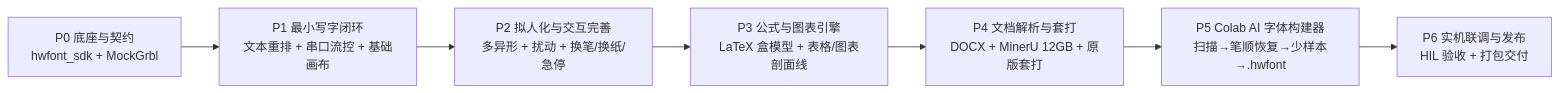
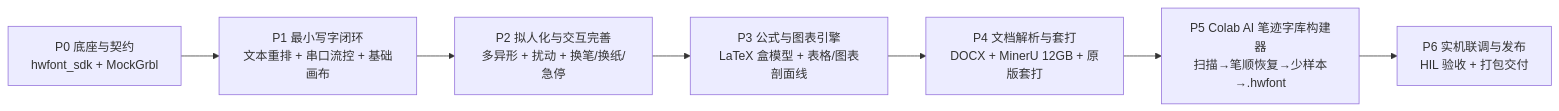
Diagram 11 of 11 in docs/framework_architecture.md (muyangplus/inkcraft), drawn with Mermaid before and after one commit. The commit also changed other lines of this file and 31 other files, not shown here.

````diff
--- a/docs/framework_architecture.md
+++ b/docs/framework_architecture.md
@@ -1667,9 +1670,9 @@
 ```mermaid
 flowchart LR
     P0["P0 底座与契约<br/>hwfont_sdk + MockGrbl"] --> P1["P1 最小写字闭环<br/>文本重排 + 串口流控 + 基础画布"]
     P1 --> P2["P2 拟人化与交互完善<br/>多异形 + 扰动 + 换笔/换纸/急停"]
     P2 --> P3["P3 公式与图表引擎<br/>LaTeX 盒模型 + 表格/图表剖面线"]
     P3 --> P4["P4 文档解析与套打<br/>DOCX + MinerU 12GB + 原版套打"]
-    P4 --> P5["P5 Colab AI 字体构建器<br/>扫描→笔顺恢复→少样本→.hwfont"]
+    P4 --> P5["P5 Colab AI 笔迹字库构建器<br/>扫描→笔顺恢复→少样本→.hwfont"]
     P5 --> P6["P6 实机联调与发布<br/>HIL 验收 + 打包交付"]
 ```
````
